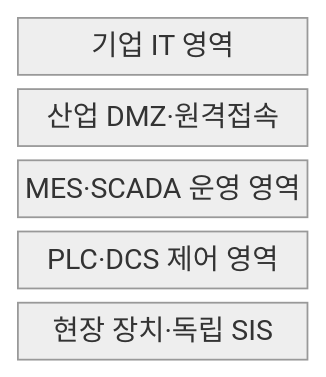
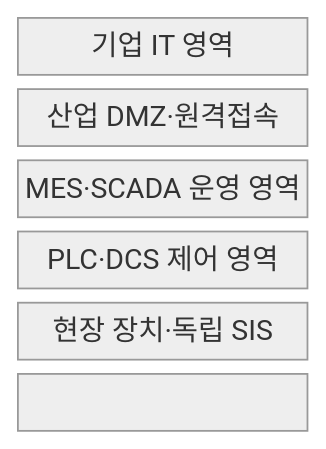
The first of 2 diagrams in src/content/docs/notes/05-security/133_ot_security_smart_factory.md (agnusdei1207/knowledge-base), drawn with Mermaid (neutral theme) before and after one commit. The commit also changed other lines of this file and 151 other files, not shown here.

````diff
--- a/src/content/docs/notes/05-security/133_ot_security_smart_factory.md
+++ b/src/content/docs/notes/05-security/133_ot_security_smart_factory.md
@@ -57,9 +57,11 @@
 ```mermaid
 block-beta
   columns 1
   I["기업 IT 영역"]
   D["산업 DMZ·원격접속"]
   O["MES·SCADA 운영 영역"]
   C["PLC·DCS 제어 영역"]
   S["현장 장치·독립 SIS"]
+  I --- D --- O
+  O --- C --- S
 ```
````
